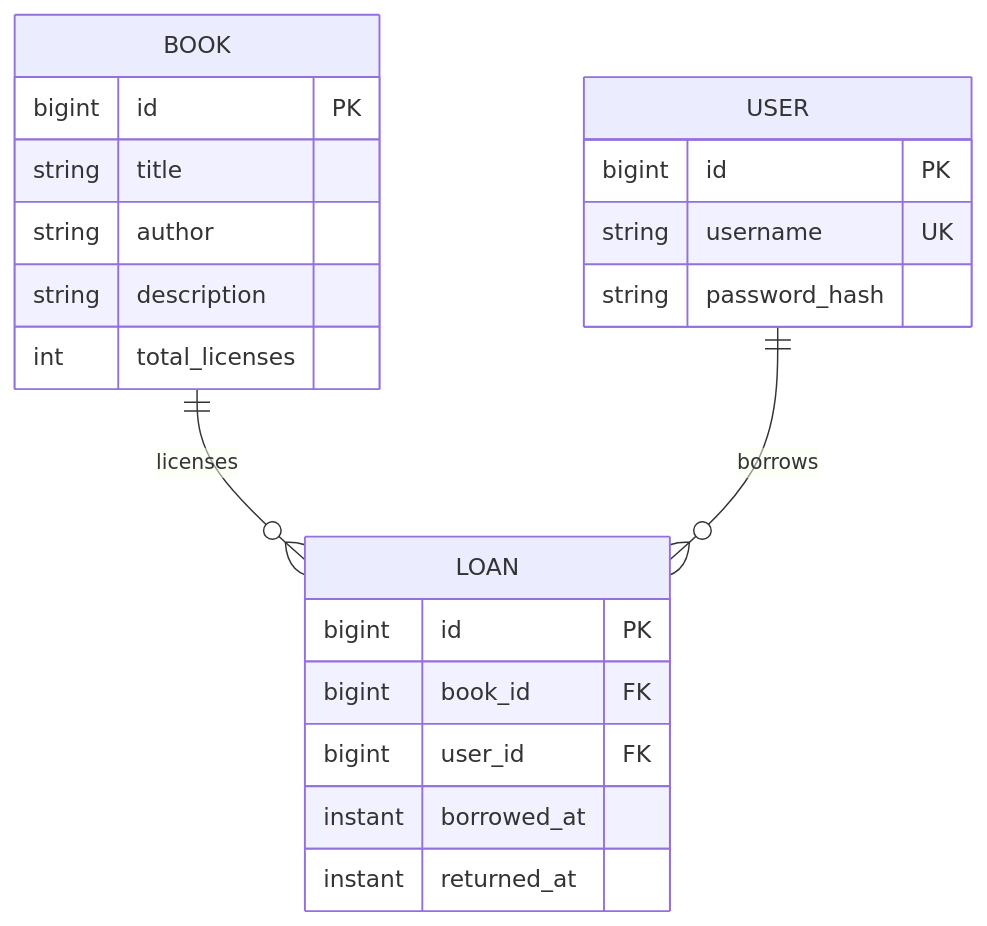
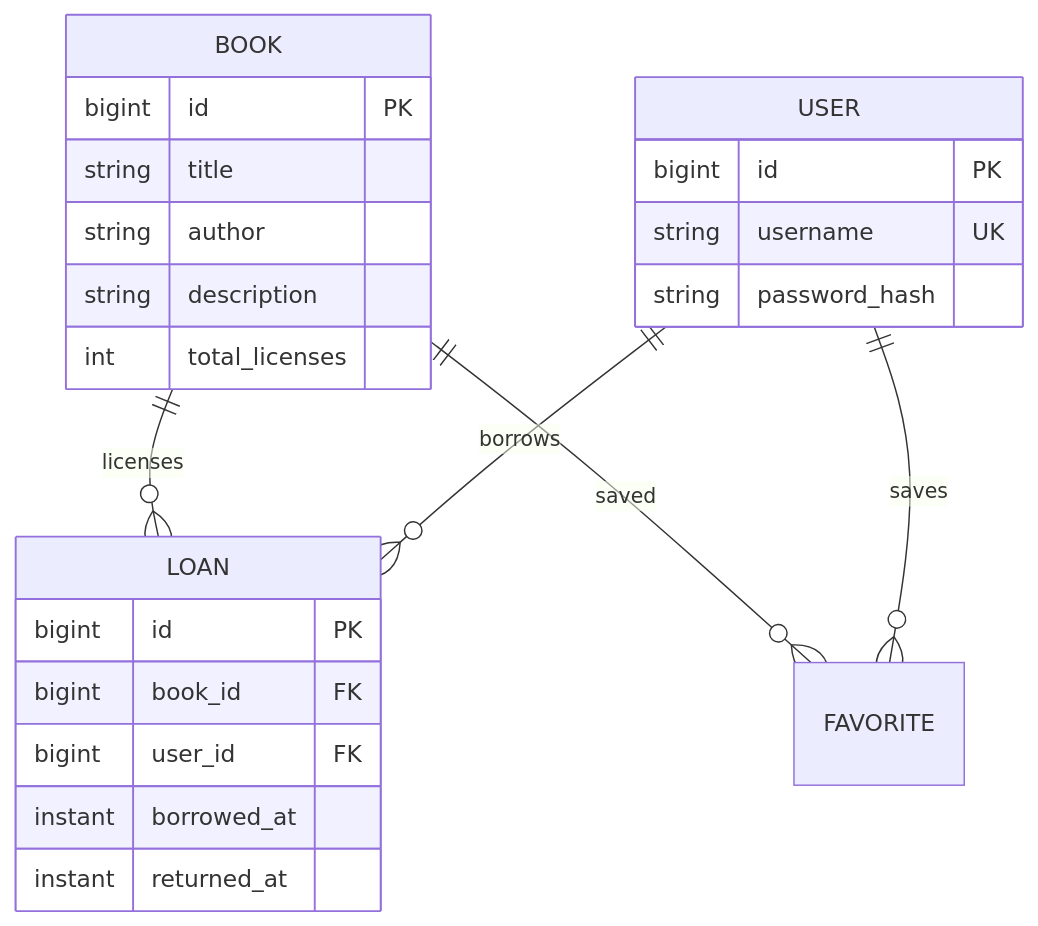
One commit to 1072019292/e-library-service changed the first of 2 diagrams in docs/design.md. Above: the diagram before and after it, drawn with Mermaid. The commit also changed other lines of this file and 43 other files, not shown here.

````diff
--- a/docs/design.md
+++ b/docs/design.md
@@ -7,24 +7,26 @@
 ```mermaid
 erDiagram
     BOOK ||--o{ LOAN : licenses
     USER ||--o{ LOAN : borrows
+    BOOK ||--o{ FAVORITE : saved
+    USER ||--o{ FAVORITE : saves
     BOOK {
         bigint id PK
         string title
         string author
         string description
         int total_licenses
     }
     USER {
         bigint id PK
         string username UK
         string password_hash
     }
     LOAN {
         bigint id PK
         bigint book_id FK
         bigint user_id FK
         instant borrowed_at
         instant returned_at
     }
 ```
````
